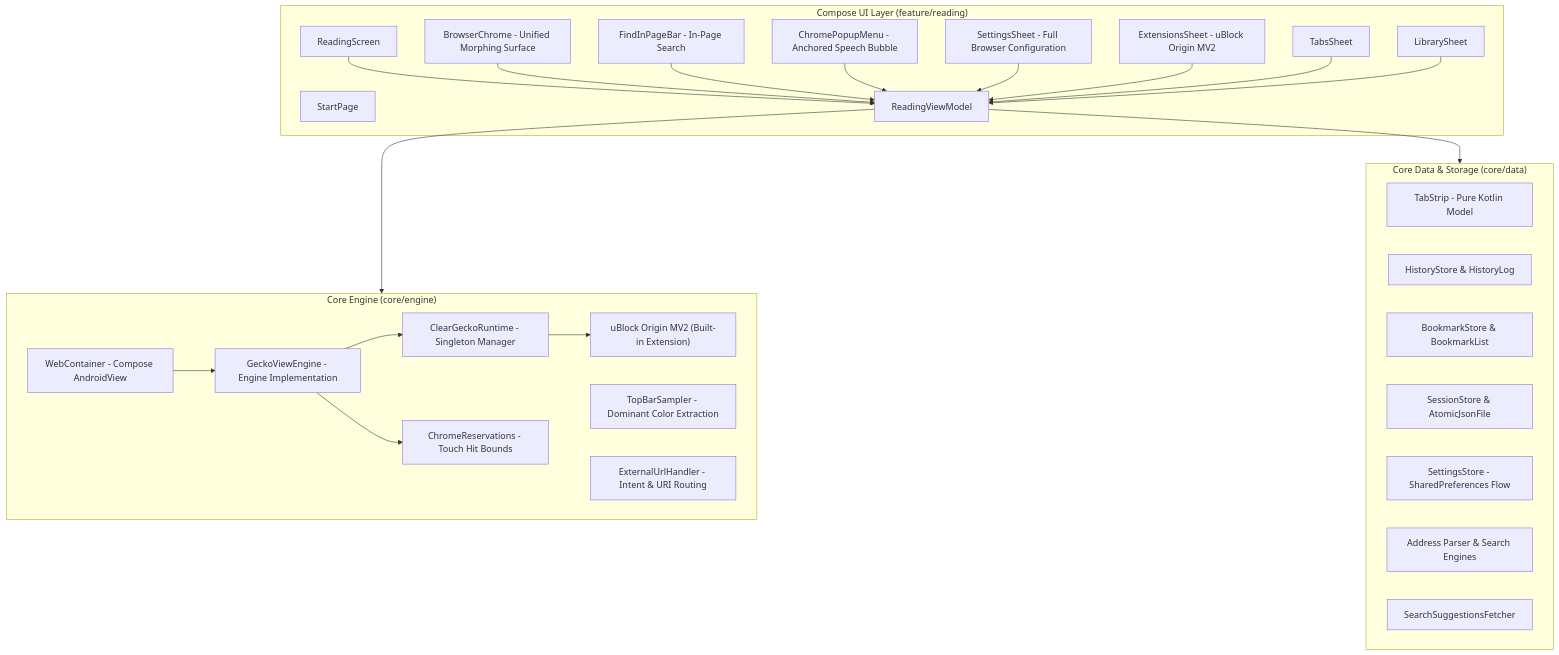
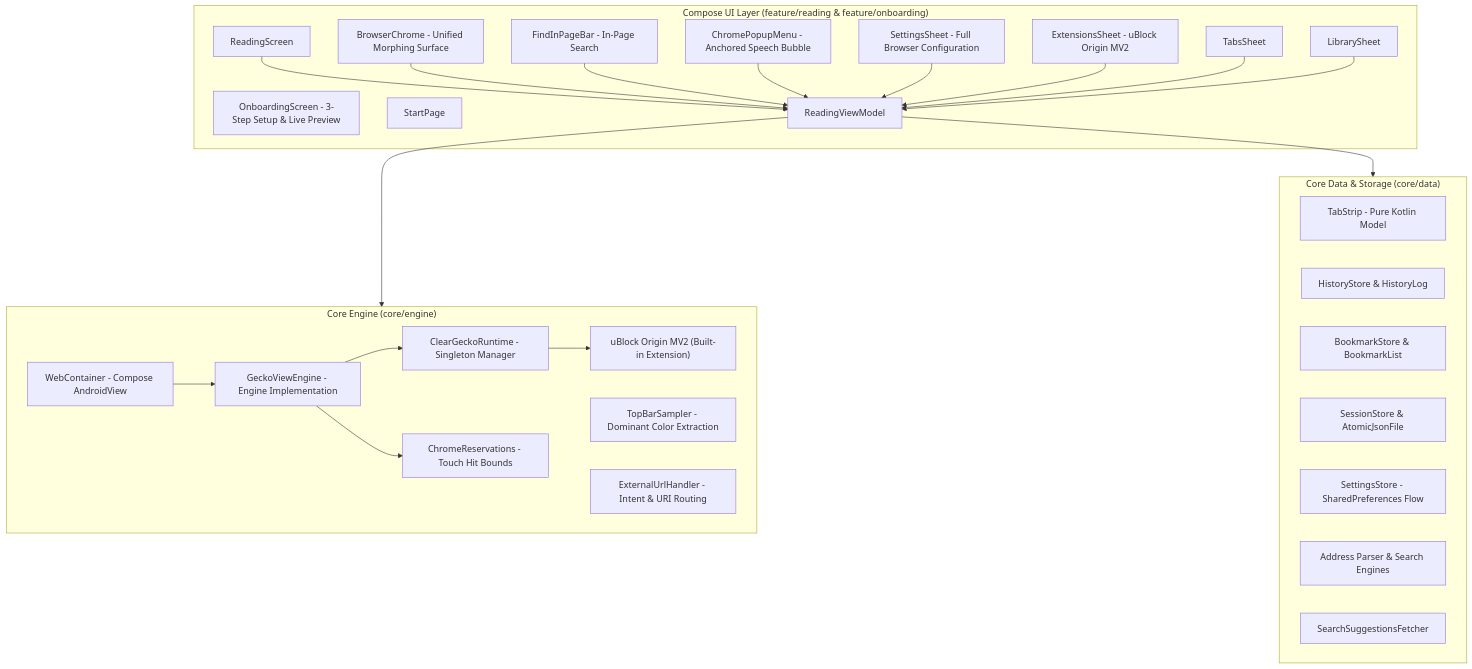
One commit to vylt-gh/clear-browser changed the diagram in README.md. Above: the diagram before and after it, drawn with Mermaid. The commit also changed other lines of this file and 19 other files, not shown here.

Commit message:
Release v0.10.0: Onboarding Walkthrough, Live Chrome Preview, Default Browser & Theming Refinements

````diff
--- a/README.md
+++ b/README.md
@@ -121,50 +125,51 @@
 ```mermaid
 flowchart TD
-    subgraph UI ["Compose UI Layer (feature/reading)"]
+    subgraph UI ["Compose UI Layer (feature/reading & feature/onboarding)"]
         RS[ReadingScreen]
+        OBS[OnboardingScreen - 3-Step Setup & Live Preview]
         BC[BrowserChrome - Unified Morphing Surface]
         FIPB[FindInPageBar - In-Page Search]
         CPM[ChromePopupMenu - Anchored Speech Bubble]
         SS[SettingsSheet - Full Browser Configuration]
         ES[ExtensionsSheet - uBlock Origin MV2]
         TS[TabsSheet]
         LS[LibrarySheet]
         SP[StartPage]
         RVM[ReadingViewModel]
     end
 
     subgraph CoreEngine ["Core Engine (core/engine)"]
         WC[WebContainer - Compose AndroidView]
         GVE[GeckoViewEngine - Engine Implementation]
         CGR[ClearGeckoRuntime - Singleton Manager]
         uBO["uBlock Origin MV2 (Built-in Extension)"]
         TBS[TopBarSampler - Dominant Color Extraction]
         EUH[ExternalUrlHandler - Intent & URI Routing]
         CR[ChromeReservations - Touch Hit Bounds]
     end
 
     subgraph CoreData ["Core Data & Storage (core/data)"]
         TabStrip[TabStrip - Pure Kotlin Model]
         HistStore[HistoryStore & HistoryLog]
         BookStore[BookmarkStore & BookmarkList]
         SessStore[SessionStore & AtomicJsonFile]
         SettStore[SettingsStore - SharedPreferences Flow]
         Addr[Address Parser & Search Engines]
         Sugg[SearchSuggestionsFetcher]
     end
 
     RS --> RVM
     BC --> RVM
     FIPB --> RVM
     CPM --> RVM
     SS --> RVM
     ES --> RVM
     TS --> RVM
     LS --> RVM
     RVM --> CoreEngine
     RVM --> CoreData
     WC --> GVE
     GVE --> CGR
     CGR --> uBO
     GVE --> CR
 ```
````
